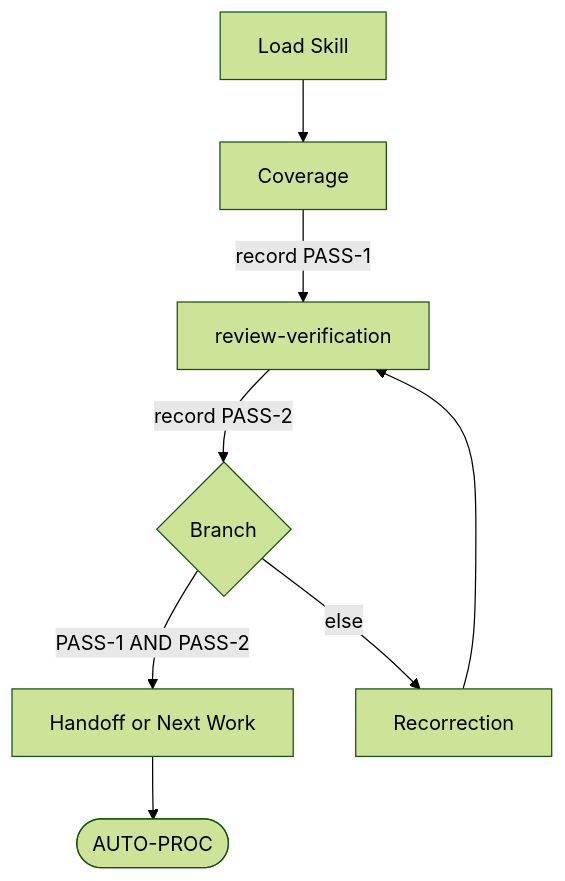
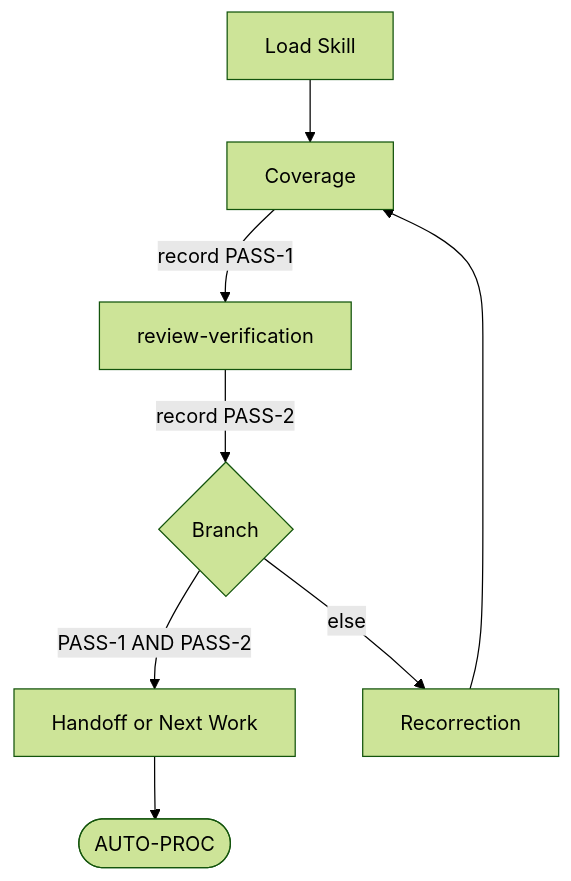
One commit to Daeil0209/agent_team changed the diagram in .claude/skills/self-verification/SKILL.md. Above: the diagram before and after it, drawn with Mermaid (forest theme). The commit also changed other lines of this file and 63 other files, not shown here.

````diff
--- a/.claude/skills/self-verification/SKILL.md
+++ b/.claude/skills/self-verification/SKILL.md
@@ -9,5 +16,5 @@
 ```mermaid
 flowchart TD
     Step1[Load Skill] --> Step2[Coverage] -->|record PASS-1| Step3[review-verification] -->|record PASS-2| Step4{Branch} -->|PASS-1 AND PASS-2| Step6[Handoff or Next Work] --> END([AUTO-PROC])
-    Step4 -->|else| Step5[Recorrection] --> Step3
+    Step4 -->|else| Step5[Recorrection] --> Step2
 ```
````
